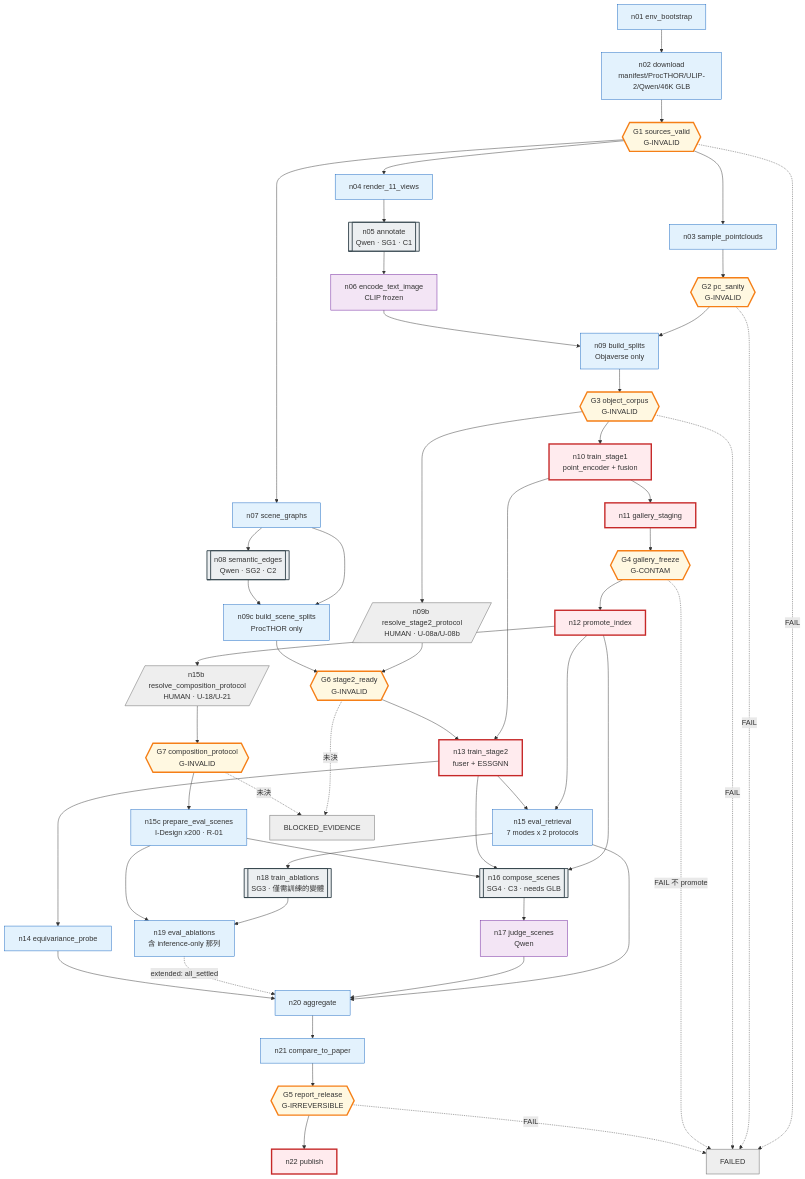
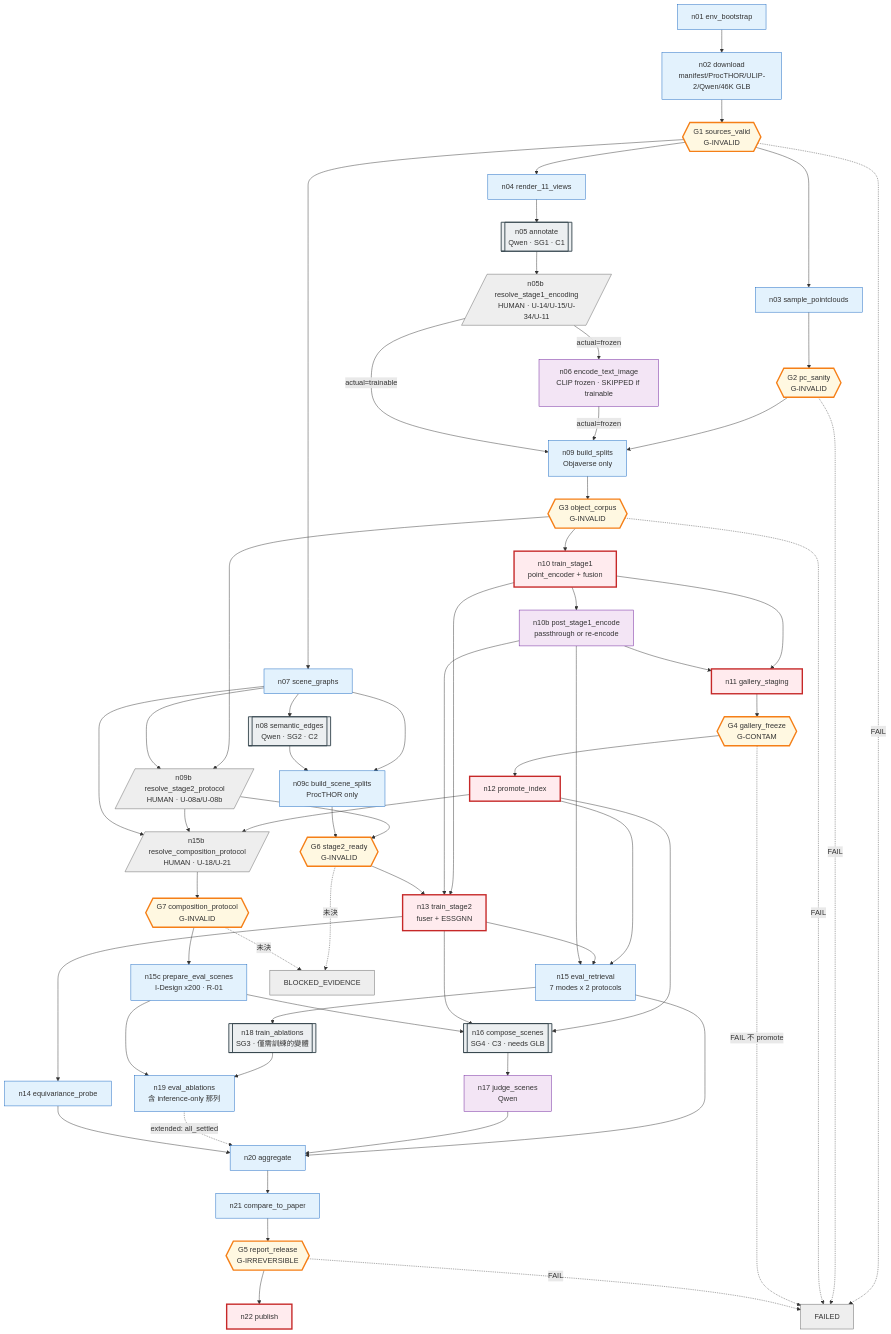
Before and after one commit to Kyzen5128/MetaFindV1: the diagram in docs/graph/01_GRAPH_SPEC.md, drawn with Mermaid. The commit also changed other lines of this file and 8 other files, not shown here.

````diff
--- a/docs/graph/01_GRAPH_SPEC.md
+++ b/docs/graph/01_GRAPH_SPEC.md
@@ -449,63 +449,72 @@
 ```mermaid
 graph TD
   classDef compute  fill:#e3f2fd,stroke:#1565c0
   classDef model    fill:#f3e5f5,stroke:#6a1b9a
   classDef mutate   fill:#ffebee,stroke:#c62828,stroke-width:3px
   classDef gate     fill:#fff8e1,stroke:#f57f17,stroke-width:3px
   classDef sub      fill:#eceff1,stroke:#37474f,stroke-width:2px
   classDef term     fill:#eeeeee,stroke:#616161
 
   n01[n01 env_bootstrap]:::compute --> n02[n02 download<br/>manifest/ProcTHOR/ULIP-2/Qwen/46K GLB]:::compute
   n02 --> G1{{G1 sources_valid<br/>G-INVALID}}:::gate
   G1 --> n03[n03 sample_pointclouds]:::compute
   G1 --> n04[n04 render_11_views]:::compute
   G1 --> n07[n07 scene_graphs]:::compute
   n03 --> G2{{G2 pc_sanity<br/>G-INVALID}}:::gate
   n04 --> n05[[n05 annotate<br/>Qwen · SG1 · C1]]:::sub
   n07 --> n08[[n08 semantic_edges<br/>Qwen · SG2 · C2]]:::sub
   G2 --> n09[n09 build_splits<br/>Objaverse only]:::compute
-  n05 --> n06[n06 encode_text_image<br/>CLIP frozen]:::model
-  n06 --> n09
+  n05 --> n05b[/n05b resolve_stage1_encoding<br/>HUMAN · U-14/U-15/U-34/U-11/]:::term
+  n05b -->|actual=frozen| n06[n06 encode_text_image<br/>CLIP frozen · SKIPPED if trainable]:::model
+  n06 -->|actual=frozen| n09
+  n05b -->|actual=trainable| n09
   n07 --> n09c[n09c build_scene_splits<br/>ProcTHOR only]:::compute
   n08 --> n09c
   n09 --> G3{{G3 object_corpus<br/>G-INVALID}}:::gate
   G3 --> n10[n10 train_stage1<br/>point_encoder + fusion]:::mutate
   G3 --> n09b[/n09b resolve_stage2_protocol<br/>HUMAN · U-08a/U-08b/]:::term
+  n07 --> n09b
   n09b --> G6{{G6 stage2_ready<br/>G-INVALID}}:::gate
   n09c --> G6
+  n10 --> n10b[n10b post_stage1_encode<br/>passthrough or re-encode]:::model
   n10 --> n11[n11 gallery_staging]:::mutate
+  n10b --> n11
   n11 --> G4{{G4 gallery_freeze<br/>G-CONTAM}}:::gate
   G4 --> n12[n12 promote_index]:::mutate
   n10 --> n13[n13 train_stage2<br/>fuser + ESSGNN]:::mutate
+  n10b --> n13
   G6 --> n13
   n13 --> n14[n14 equivariance_probe]:::compute
   n12 --> n15[n15 eval_retrieval<br/>7 modes x 2 protocols]:::compute
   n13 --> n15
+  n10b --> n15
   n12 --> n15b[/n15b resolve_composition_protocol<br/>HUMAN · U-18/U-21/]:::term
+  n09b --> n15b
+  n07 --> n15b
   n15b --> G7{{G7 composition_protocol<br/>G-INVALID}}:::gate
   G7 --> n15c[n15c prepare_eval_scenes<br/>I-Design x200 · R-01]:::compute
   n12 --> n16[[n16 compose_scenes<br/>SG4 · C3 · needs GLB]]:::sub
   n13 --> n16
   n15c --> n16
   n16 --> n17[n17 judge_scenes<br/>Qwen]:::model
   n15 --> n18[[n18 train_ablations<br/>SG3 · 僅需訓練的變體]]:::sub
   n18 --> n19[n19 eval_ablations<br/>含 inference-only 那列]:::compute
   n15c --> n19
   n15 --> n20[n20 aggregate]:::compute
   n17 --> n20
   n19 -.->|extended: all_settled| n20
   n14 --> n20
   n20 --> n21[n21 compare_to_paper]:::compute
   n21 --> G5{{G5 report_release<br/>G-IRREVERSIBLE}}:::gate
   G5 --> n22[n22 publish]:::mutate
 
   HALT[FAILED]:::term
   BLOCK[BLOCKED_EVIDENCE]:::term
   G1 -.->|FAIL| HALT
   G2 -.->|FAIL| HALT
   G3 -.->|FAIL| HALT
   G4 -.->|FAIL 不 promote| HALT
   G5 -.->|FAIL| HALT
   G6 -.->|未決| BLOCK
   G7 -.->|未決| BLOCK
 ```
````
